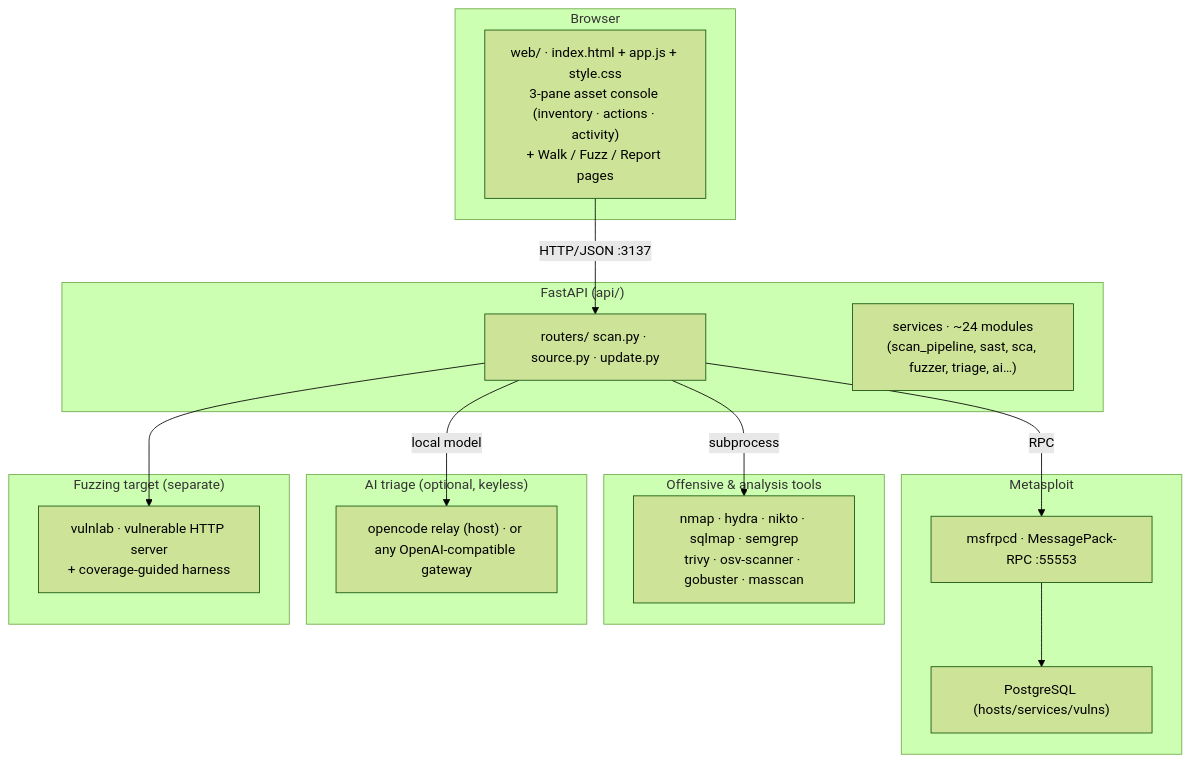
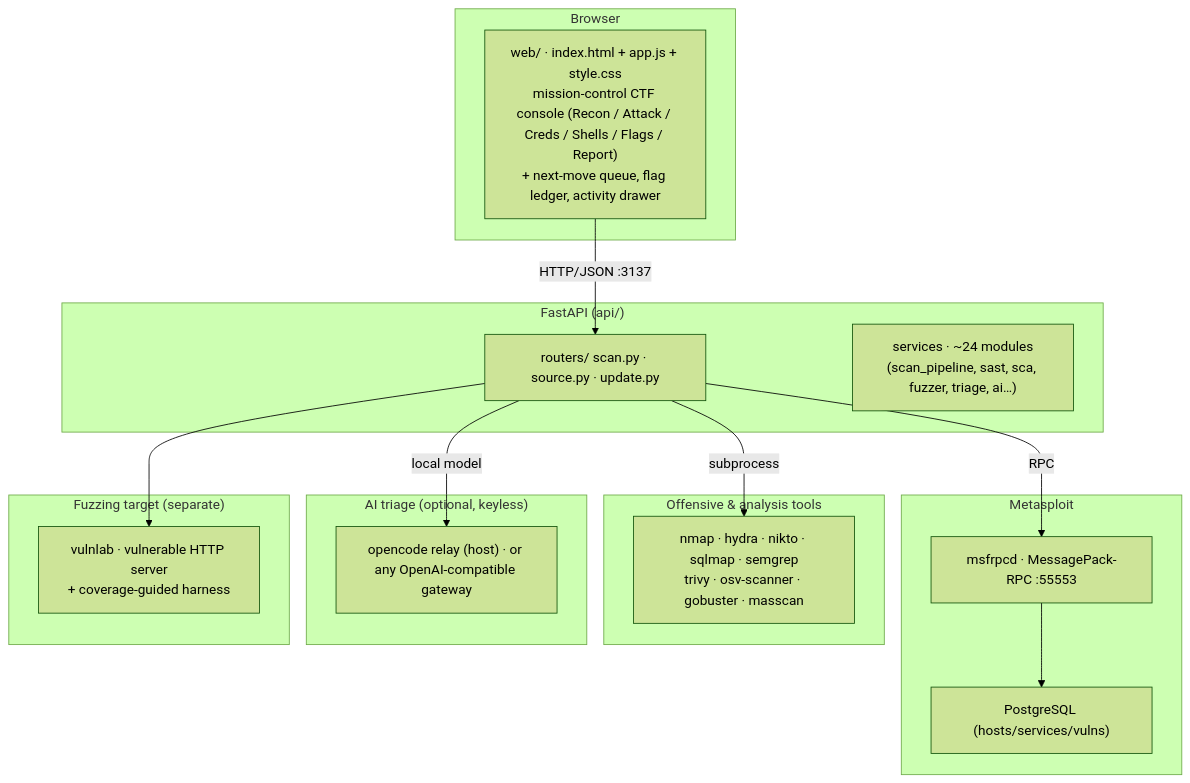
One commit to Greg-2600/h4k changed the diagram in README.md. Above: the diagram before and after it, drawn with Mermaid (forest theme). The commit also changed other lines of this file and 105 other files, not shown here.

First line of the commit message:
feat: operator console waves — attack paths, ATT&CK, auto-scan, sandbox, capabilities

````diff
--- a/README.md
+++ b/README.md
@@ -140,35 +144,35 @@
 ```mermaid
 flowchart TB
     subgraph browser["Browser"]
-        UI["web/ · index.html + app.js + style.css<br/>3-pane asset console (inventory · actions · activity)<br/>+ Walk / Fuzz / Report pages"]
+        UI["web/ · index.html + app.js + style.css<br/>mission-control CTF console (Recon / Attack / Creds / Shells / Flags / Report)<br/>+ next-move queue, flag ledger, activity drawer"]
     end
 
     subgraph api["FastAPI (api/)"]
         R["routers/ scan.py · source.py · update.py"]
         S["services · ~24 modules<br/>(scan_pipeline, sast, sca, fuzzer, triage, ai…)"]
     end
 
     subgraph msf["Metasploit"]
         RPC["msfrpcd · MessagePack-RPC :55553"]
         DB["PostgreSQL (hosts/services/vulns)"]
     end
 
     subgraph tools["Offensive & analysis tools"]
         TOOLS["nmap · hydra · nikto · sqlmap · semgrep<br/>trivy · osv-scanner · gobuster · masscan"]
     end
 
     subgraph llm["AI triage (optional, keyless)"]
         OLLAMA["opencode relay (host) · or any OpenAI-compatible gateway"]
     end
 
     subgraph lab["Fuzzing target (separate)"]
         VULN["vulnlab · vulnerable HTTP server<br/>+ coverage-guided harness"]
     end
 
     UI -->|HTTP/JSON :3137| R
     R -->|RPC| RPC
     RPC --> DB
     R -->|subprocess| TOOLS
     R -->|local model| OLLAMA
     R --> VULN
 ```
````
